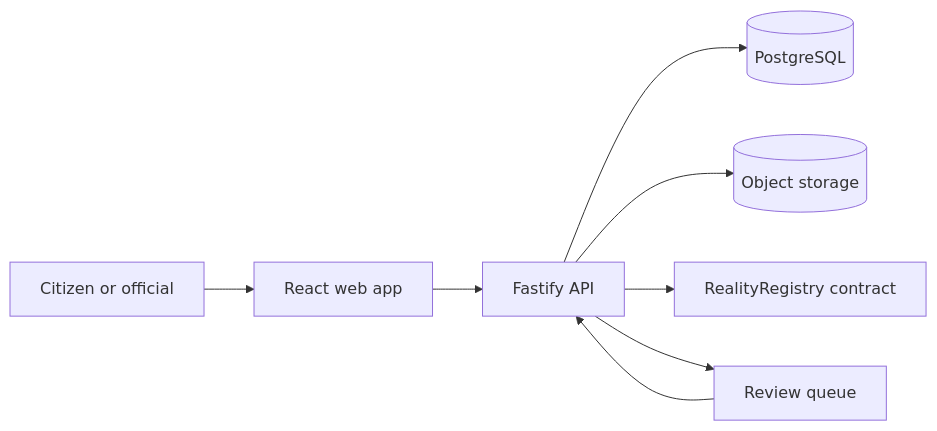
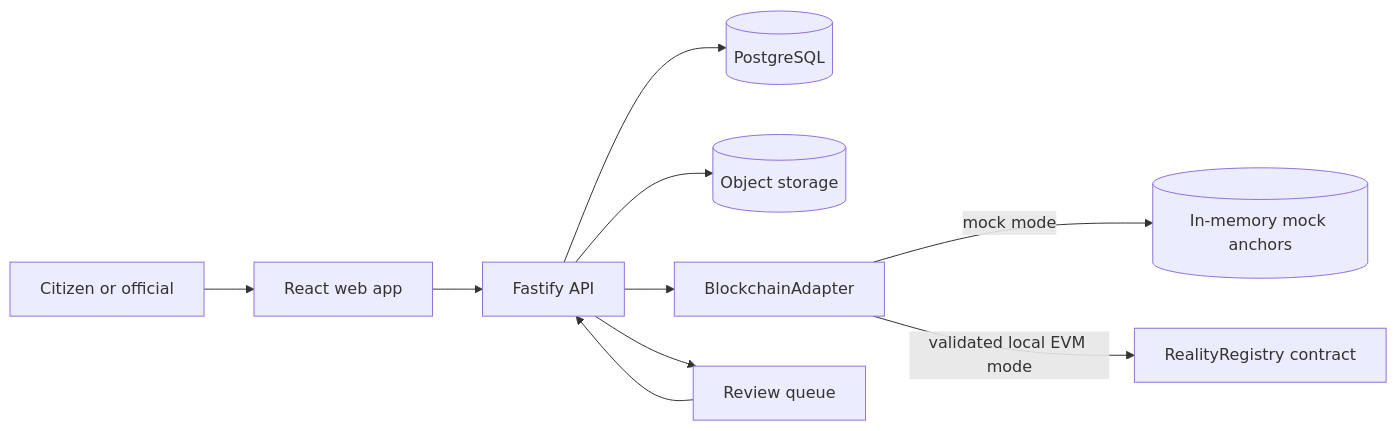
The diagram in docs/architecture.md (abhipraychatterjee11-spec/RealityFork), drawn with Mermaid before and after one commit. The commit also changed other lines of this file and 40 other files, not shown here.

````diff
--- a/docs/architecture.md
+++ b/docs/architecture.md
@@ -7,10 +7,12 @@
 ```mermaid
 flowchart LR
   U[Citizen or official] --> W[React web app]
   W --> A[Fastify API]
   A --> S[(PostgreSQL)]
   A --> O[(Object storage)]
-  A --> C[RealityRegistry contract]
+  A --> B[BlockchainAdapter]
+  B -->|mock mode| M[(In-memory mock anchors)]
+  B -->|validated local EVM mode| C[RealityRegistry contract]
   A --> R[Review queue]
   R --> A
 ```
````
